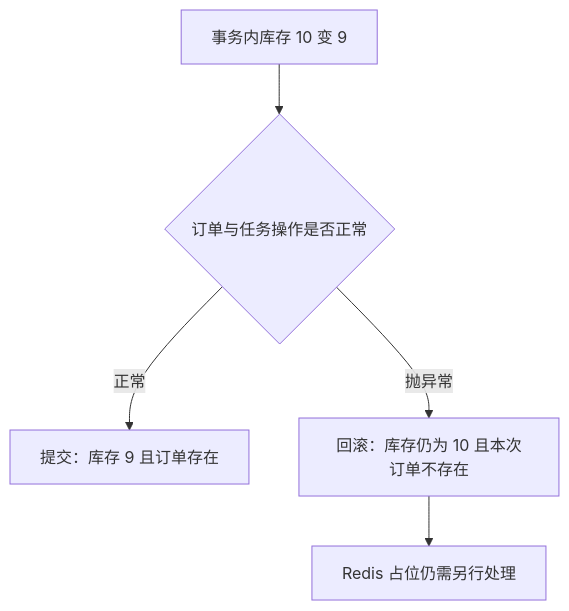
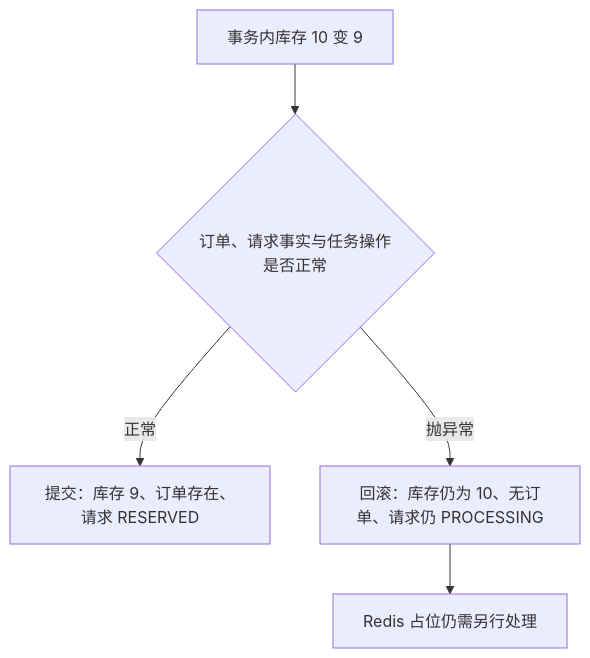
The eighth of 12 diagrams in 01-异步预约与防超卖.md (SyH-101/citypass-platform), drawn with Mermaid before and after one commit. The commit also changed other lines of this file and 1 other file, not shown here.

````diff
--- a/01-异步预约与防超卖.md
+++ b/01-异步预约与防超卖.md
@@ -665,7 +700,7 @@
 ```mermaid
 flowchart TD
-    U[事务内库存 10 变 9] --> I{订单与任务操作是否正常}
-    I -->|正常| C[提交：库存 9 且订单存在]
-    I -->|抛异常| R[回滚：库存仍为 10 且本次订单不存在]
+    U[事务内库存 10 变 9] --> I{订单、请求事实与任务操作是否正常}
+    I -->|正常| C[提交：库存 9、订单存在、请求 RESERVED]
+    I -->|抛异常| R[回滚：库存仍为 10、无订单、请求仍 PROCESSING]
     R --> X[Redis 占位仍需另行处理]
 ```
````
